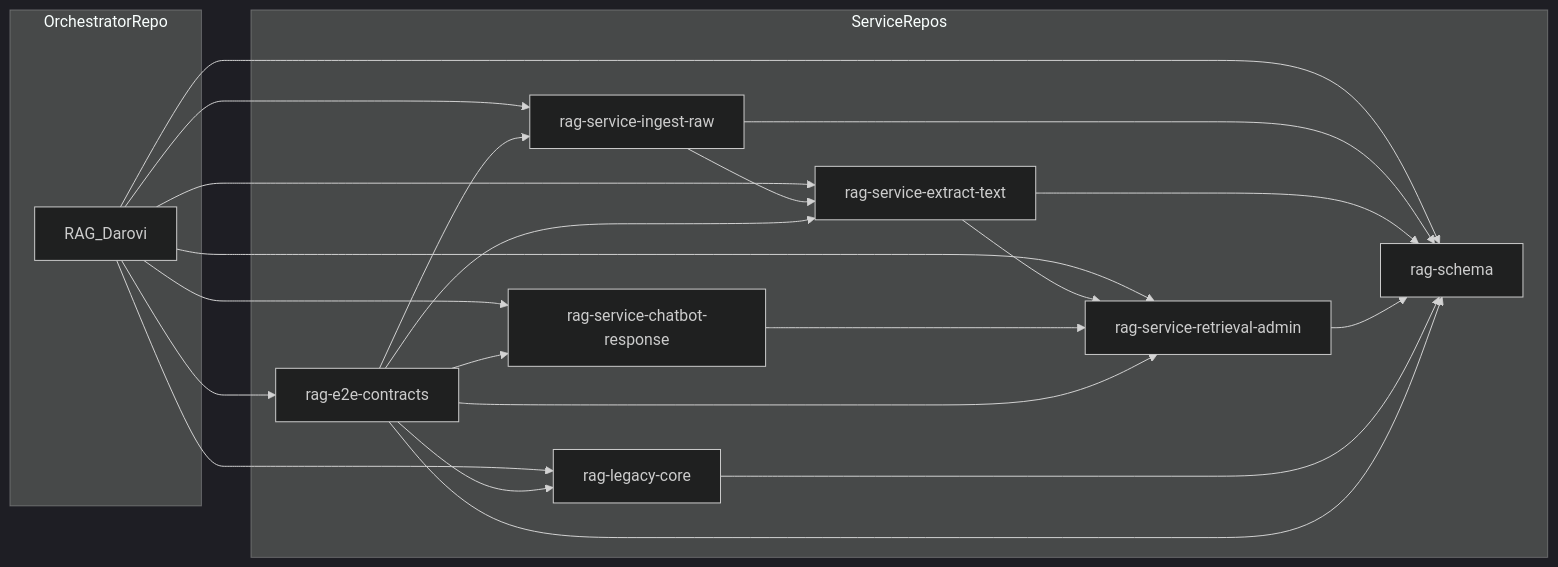
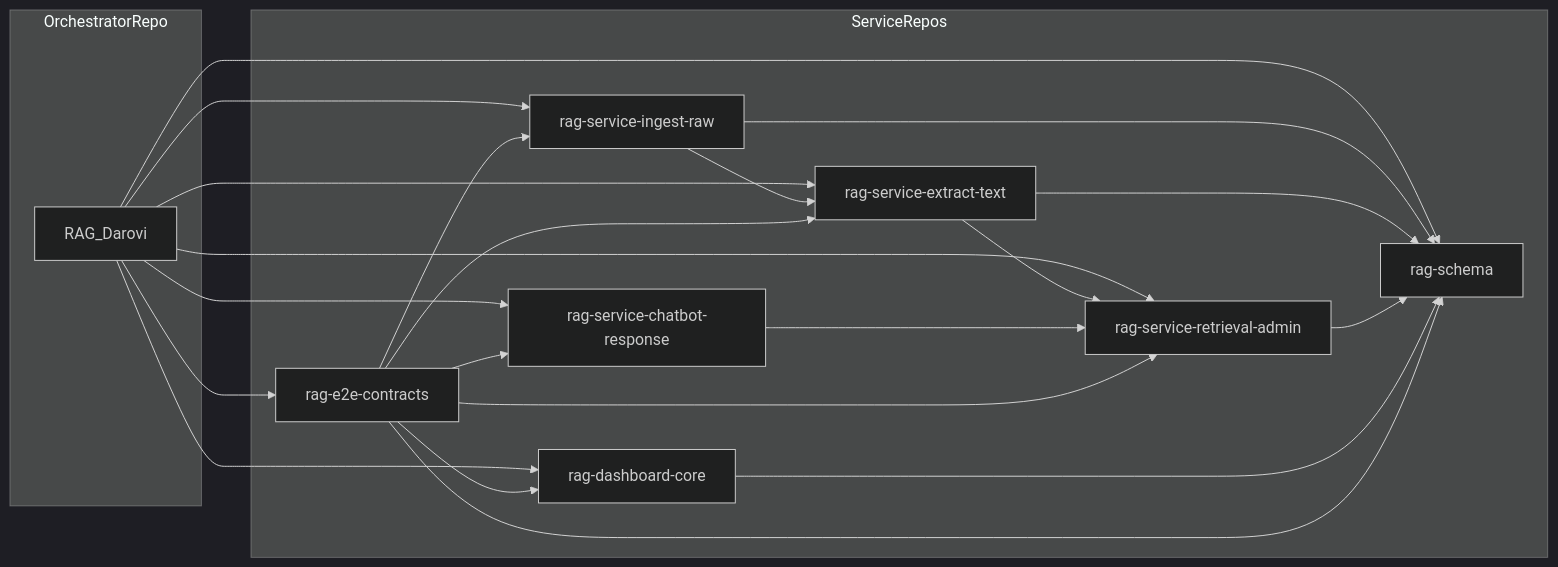
Before and after one commit to Quantium/RAG_Darovi: the first of 2 diagrams in README.md, drawn with Mermaid (dark theme). The commit also changed other lines of this file and 8 other files, not shown here.

````diff
--- a/README.md
+++ b/README.md
@@ -21,39 +21,39 @@
 ```mermaid
 flowchart LR
 subgraph orchestratorRepo [OrchestratorRepo]
 orchestrator[RAG_Darovi]
 end
 
 subgraph serviceRepos [ServiceRepos]
 ingest[rag-service-ingest-raw]
 extract[rag-service-extract-text]
 retrieval[rag-service-retrieval-admin]
 chatbot[rag-service-chatbot-response]
-legacy[rag-legacy-core]
+dashboard[rag-dashboard-core]
 schema[rag-schema]
 contracts[rag-e2e-contracts]
 end
 
 orchestrator --> ingest
 orchestrator --> extract
 orchestrator --> retrieval
 orchestrator --> chatbot
-orchestrator --> legacy
+orchestrator --> dashboard
 orchestrator --> schema
 orchestrator --> contracts
 
 ingest --> extract
 ingest --> schema
 extract --> schema
 extract --> retrieval
 retrieval --> schema
 chatbot --> retrieval
-legacy --> schema
+dashboard --> schema
 
 contracts --> schema
 contracts --> retrieval
 contracts --> chatbot
 contracts --> ingest
 contracts --> extract
-contracts --> legacy
+contracts --> dashboard
 ```
````
